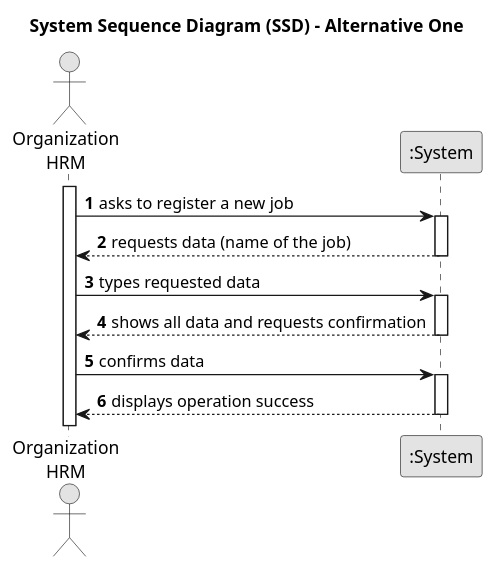
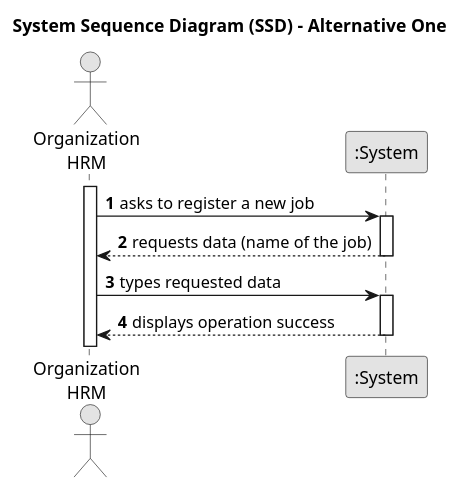
The diagram in docs/sprintB/us002/01.requirements-engineering/puml/us002-system-sequence-diagram-alternative-one.puml (Departamento-de-Engenharia-Informatica/lei-24-s2-1df-1de-g063), drawn with PlantUML before and after one commit. The commit also changed 4 other files, not shown here.

```diff
--- a/docs/sprintB/us002/01.requirements-engineering/puml/us002-system-sequence-diagram-alternative-one.puml
+++ b/docs/sprintB/us002/01.requirements-engineering/puml/us002-system-sequence-diagram-alternative-one.puml
@@ -1,33 +1,27 @@
 @startuml
 skinparam monochrome true
 skinparam packageStyle rectangle
 skinparam shadowing false
 
 title System Sequence Diagram (SSD) - Alternative One
 
 autonumber
 
 actor "Organization\nHRM" as HRM
 participant ":System" as System
 
 activate HRM
 
     HRM -> System : asks to register a new job
     activate System
 
         System --> HRM : requests data (name of the job)
     deactivate System
 
     HRM -> System : types requested data
     activate System
 
-          System --> HRM : shows all data and requests confirmation
-    deactivate System
-
-    HRM -> System : confirms data
-    activate System
-
         System --> HRM : displays operation success
     deactivate System
 
 @enduml
```
